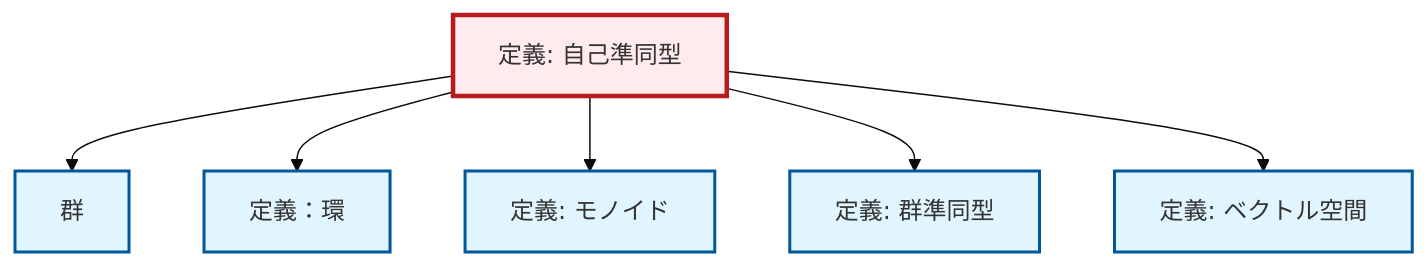
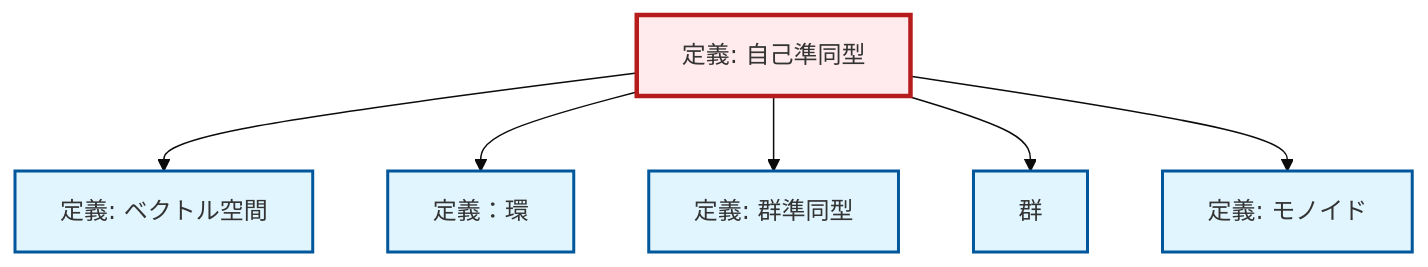
The diagram in content/ja/algebra/def-endomorphism.qmd (RK0429/ModernMath), drawn with Mermaid (base theme) before and after one commit. The commit also changed other lines of this file and 328 other files, not shown here.

````diff
--- a/content/ja/algebra/def-endomorphism.qmd
+++ b/content/ja/algebra/def-endomorphism.qmd
@@ -90,26 +90,26 @@
 ```{mermaid}
 %%| fig-cap: "ローカル依存関係グラフ"
 graph TD
     classDef definition fill:#e1f5fe,stroke:#01579b,stroke-width:2px
     classDef theorem fill:#f3e5f5,stroke:#4a148c,stroke-width:2px
     classDef axiom fill:#fff3e0,stroke:#e65100,stroke-width:2px
     classDef example fill:#e8f5e9,stroke:#1b5e20,stroke-width:2px
     classDef current fill:#ffebee,stroke:#b71c1c,stroke-width:3px
+    def-endomorphism["定義: 自己準同型"]:::definition
+    def-vector-space["定義: ベクトル空間"]:::definition
+    def-ring["定義：環"]:::definition
+    def-homomorphism["定義: 群準同型"]:::definition
+    def-group["群"]:::definition
     def-monoid["定義: モノイド"]:::definition
-    def-endomorphism["定義: 自己準同型"]:::definition
-    def-homomorphism["定義: 群準同型"]:::definition
-    def-ring["定義：環"]:::definition
-    def-group["群"]:::definition
-    def-vector-space["定義: ベクトル空間"]:::definition
+    def-endomorphism --> def-vector-space
+    def-endomorphism --> def-ring
+    def-endomorphism --> def-homomorphism
     def-endomorphism --> def-group
-    def-endomorphism --> def-ring
     def-endomorphism --> def-monoid
-    def-endomorphism --> def-homomorphism
-    def-endomorphism --> def-vector-space
     class def-endomorphism current
+    click def-vector-space "def-vector-space.html" "ベクトル空間の定義へ"
+    click def-ring "def-ring.html" "定義：環へ"
+    click def-homomorphism "def-homomorphism.html" "群準同型の定義へ"
+    click def-group "def-group.html" "群へ"
     click def-monoid "def-monoid.html" "モノイドの定義へ"
-    click def-homomorphism "def-homomorphism.html" "群準同型の定義へ"
-    click def-ring "def-ring.html" "定義：環へ"
-    click def-group "def-group.html" "群へ"
-    click def-vector-space "def-vector-space.html" "ベクトル空間の定義へ"
 ```
````
